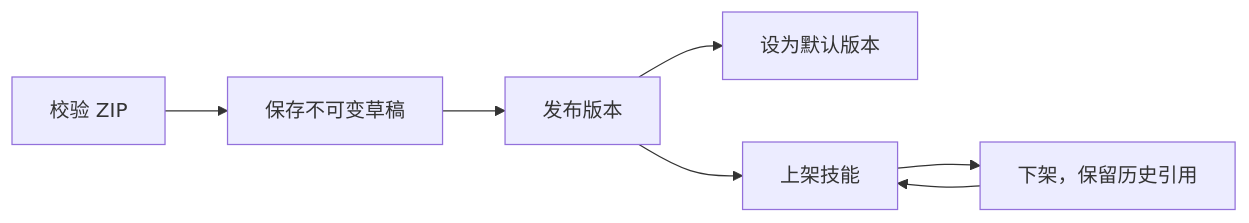
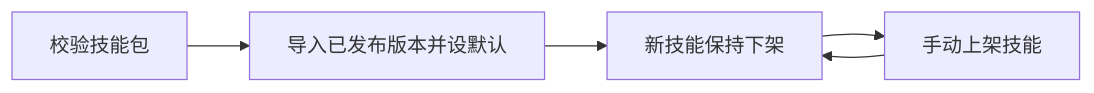
Before and after one commit to superduck-ai/open-managed-agents: the diagram in docs/design/be/system-skills-administration.md, drawn with Mermaid. The commit also changed other lines of this file and 132 other files, not shown here.

````diff
--- a/docs/design/be/system-skills-administration.md
+++ b/docs/design/be/system-skills-administration.md
@@ -50,9 +65,7 @@
 ```mermaid
 flowchart LR
-  ZIP[校验 ZIP] --> Draft[保存不可变草稿]
-  Draft --> Published[发布版本]
-  Published --> Default[设为默认版本]
-  Published --> Listed[上架技能]
-  Listed --> Unlisted[下架，保留历史引用]
-  Unlisted --> Listed
+  ZIP[校验技能包] --> Published[导入已发布版本并设默认]
+  Published --> Unlisted[新技能保持下架]
+  Unlisted --> Listed[手动上架技能]
+  Listed --> Unlisted
 ```
````
